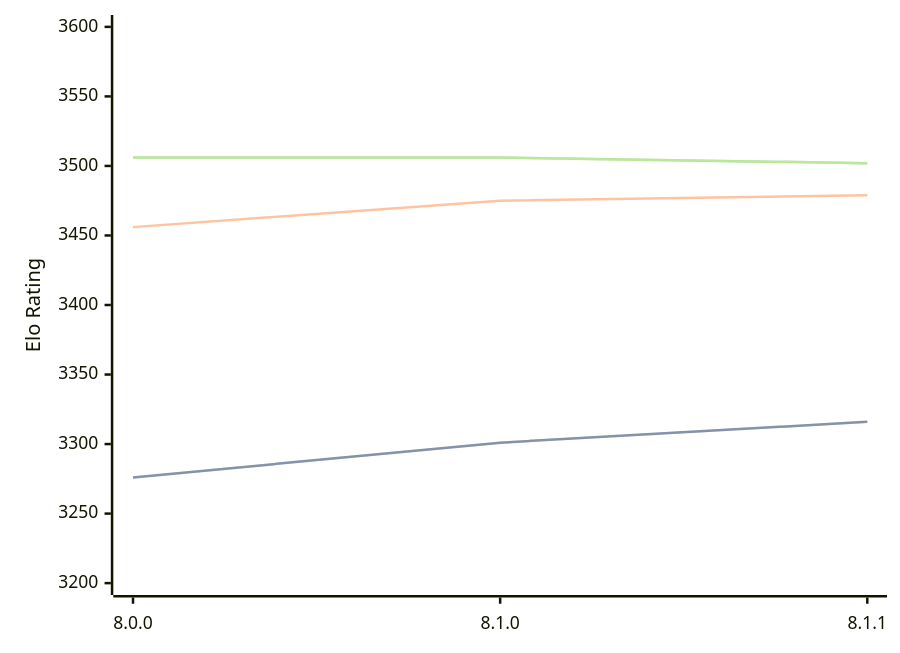
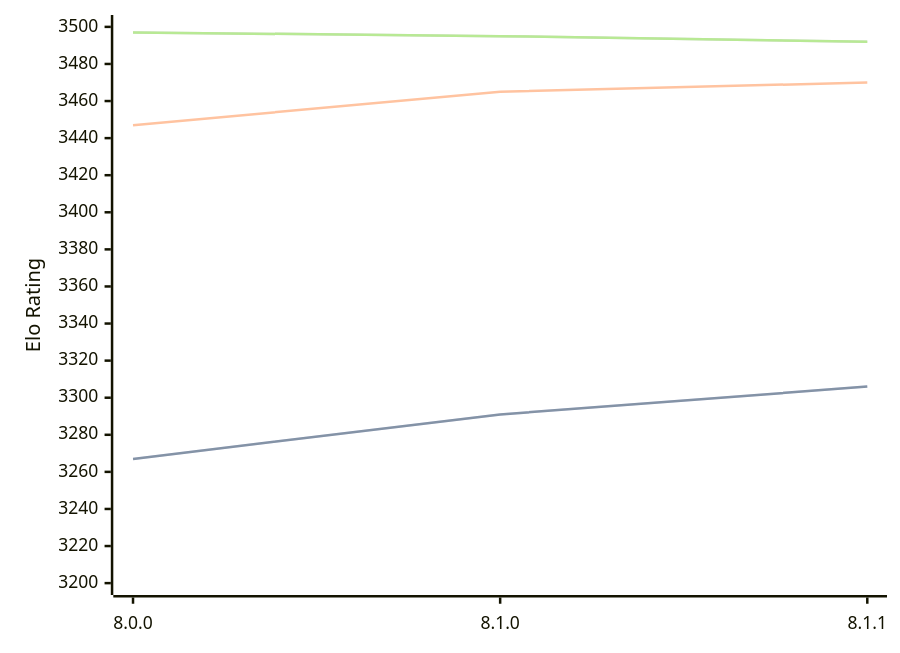
Before and after one commit to computer-chess-index/cci: the diagram in engines/Velvet.md, drawn with Mermaid. The commit also changed other lines of this file, not shown here.

Commit message:
Update CCI Ratings (ELO VLTC) - 2026-03-19

````diff
--- a/engines/Velvet.md
+++ b/engines/Velvet.md
@@ -55,11 +55,11 @@
 ```mermaid
 %%{init: {"theme":"base","themeVariables":{"seriesColors:['#a3a3a3','#222221','#faa371']}}}%%
 xychart-beta
   x-axis ["8.0.0", "8.1.0", "8.1.1"]
-  y-axis "Elo Rating" 3200 --> 3600
-  line "STC (8.0+0.08s)" [3276, 3301, 3316]
-  line "STC (8.0+0.08s)" [3276, 3301, 3316]
-  line "LTC (60.0+0.60s)" [3456, 3475, 3479]
-  line "VLTC (2m24s+1.12s)" [3506, 3506, 3502]
-  line "VLTC (2m24s+1.12s)" [3506, 3506, 3502]
+  y-axis "Elo Rating" 3200 --> 3500
+  line "STC (8.0+0.08s)" [3267, 3291, 3306]
+  line "STC (8.0+0.08s)" [3267, 3291, 3306]
+  line "LTC (60.0+0.60s)" [3447, 3465, 3470]
+  line "VLTC (2m24s+1.12s)" [3497, 3495, 3492]
+  line "VLTC (2m24s+1.12s)" [3497, 3495, 3492]
 ```
````
